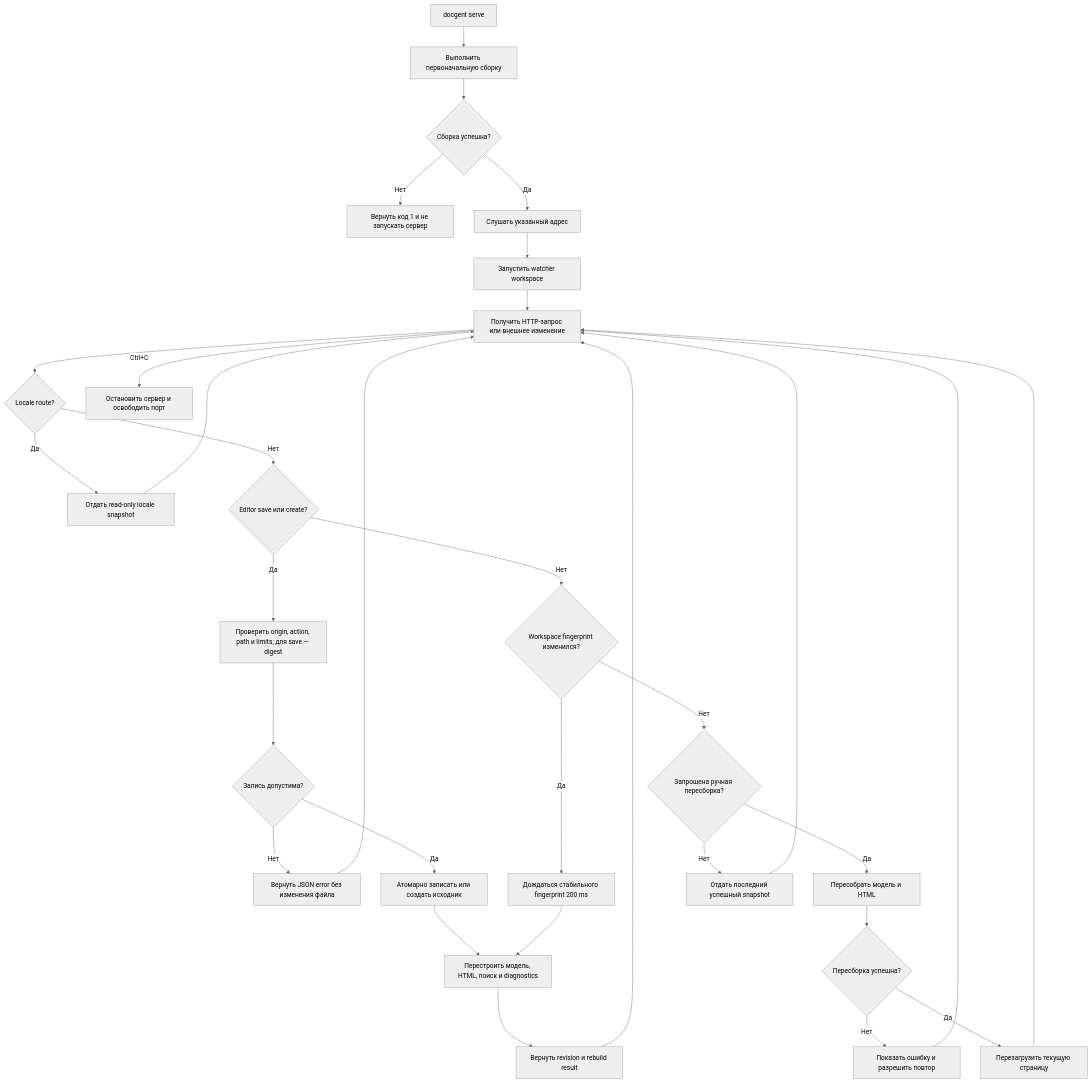
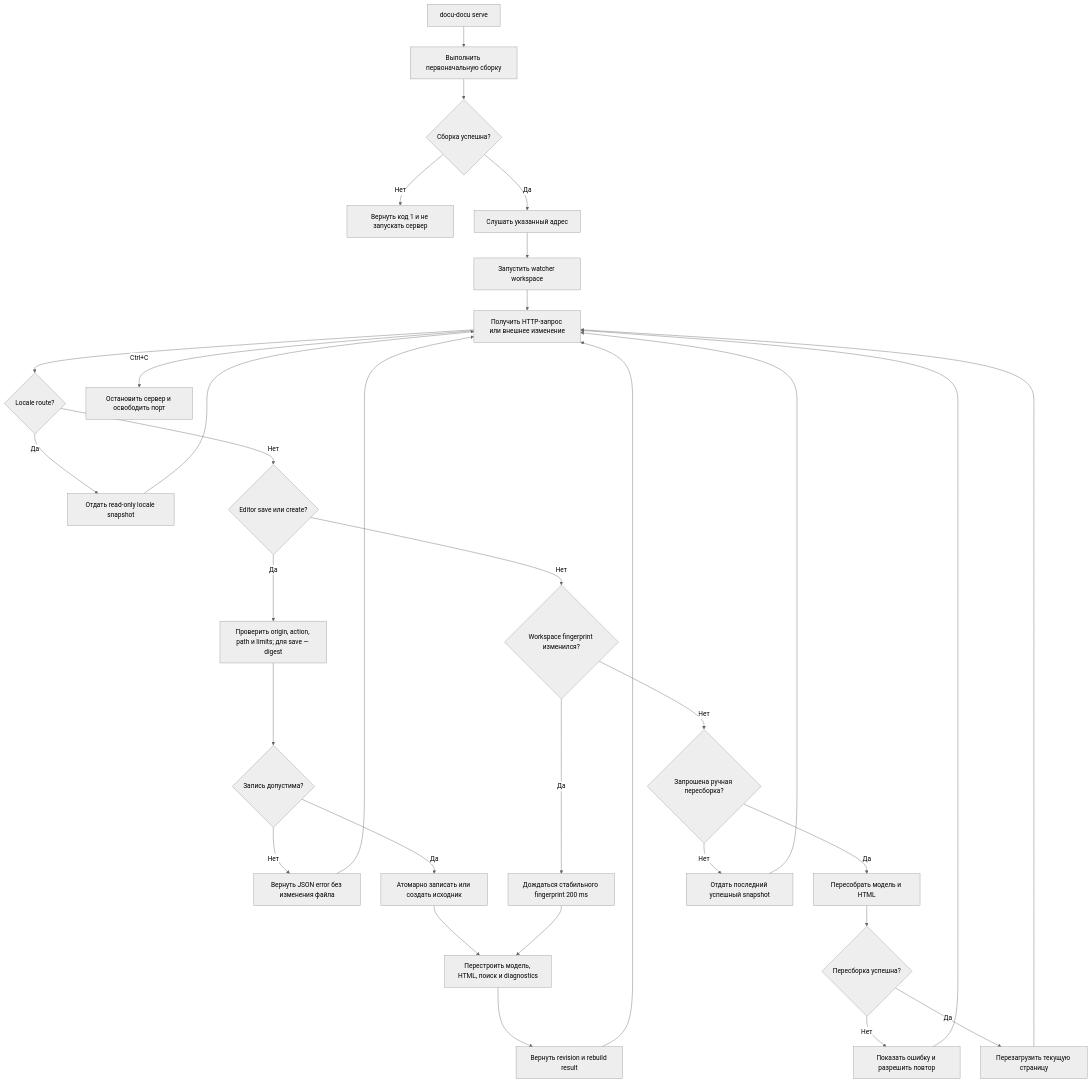
One commit to lumenikoly/toudocu changed the diagram in docs/flows/FLOW-DOCS-SERVE.md. Above: the diagram before and after it, drawn with Mermaid (neutral theme). The commit also changed 275 other files, not shown here.

First line of the commit message:
Rename and refactor Docgent to Docu-docu across all relevant files and documentation

````diff
--- a/docs/flows/FLOW-DOCS-SERVE.md
+++ b/docs/flows/FLOW-DOCS-SERVE.md
@@ -14,34 +14,34 @@
 ```mermaid
 flowchart TD
-    Start["docgent serve"] --> Build["Выполнить первоначальную сборку"]
+    Start["docu-docu serve"] --> Build["Выполнить первоначальную сборку"]
     Build --> Built{"Сборка успешна?"}
     Built -->|Нет| Stop["Вернуть код 1 и не запускать сервер"]
     Built -->|Да| Listen["Слушать указанный адрес"]
     Listen --> Watch["Запустить watcher workspace"]
     Watch --> Request["Получить HTTP-запрос или внешнее изменение"]
     Request --> Locale{"Locale route?"}
     Locale -->|Да| LocaleSnapshot["Отдать read-only locale snapshot"]
     LocaleSnapshot --> Request
     Locale -->|Нет| Editor{"Editor save или create?"}
     Editor -->|Да| Guard["Проверить origin, action, path и limits; для save — digest"]
     Guard --> Accepted{"Запись допустима?"}
     Accepted -->|Нет| APIError["Вернуть JSON error без изменения файла"]
     Accepted -->|Да| Atomic["Атомарно записать или создать исходник"]
     Atomic --> Rebuild["Перестроить модель, HTML, поиск и diagnostics"]
     Rebuild --> Publish["Вернуть revision и rebuild result"]
     Publish --> Request
     APIError --> Request
     Editor -->|Нет| External{"Workspace fingerprint изменился?"}
     External -->|Да| Stable["Дождаться стабильного fingerprint 200 ms"]
     Stable --> Rebuild
     External -->|Нет| Manual{"Запрошена ручная пересборка?"}
     Manual -->|Да| ManualRebuild["Пересобрать модель и HTML"]
     ManualRebuild --> ManualResult{"Пересборка успешна?"}
     ManualResult -->|Нет| ManualError["Показать ошибку и разрешить повтор"]
     ManualResult -->|Да| Reload["Перезагрузить текущую страницу"]
     Reload --> Request
     ManualError --> Request
     Manual -->|Нет| Static["Отдать последний успешный snapshot"]
     Static --> Request
     Request -->|Ctrl+C| Finish["Остановить сервер и освободить порт"]
 ```
````
